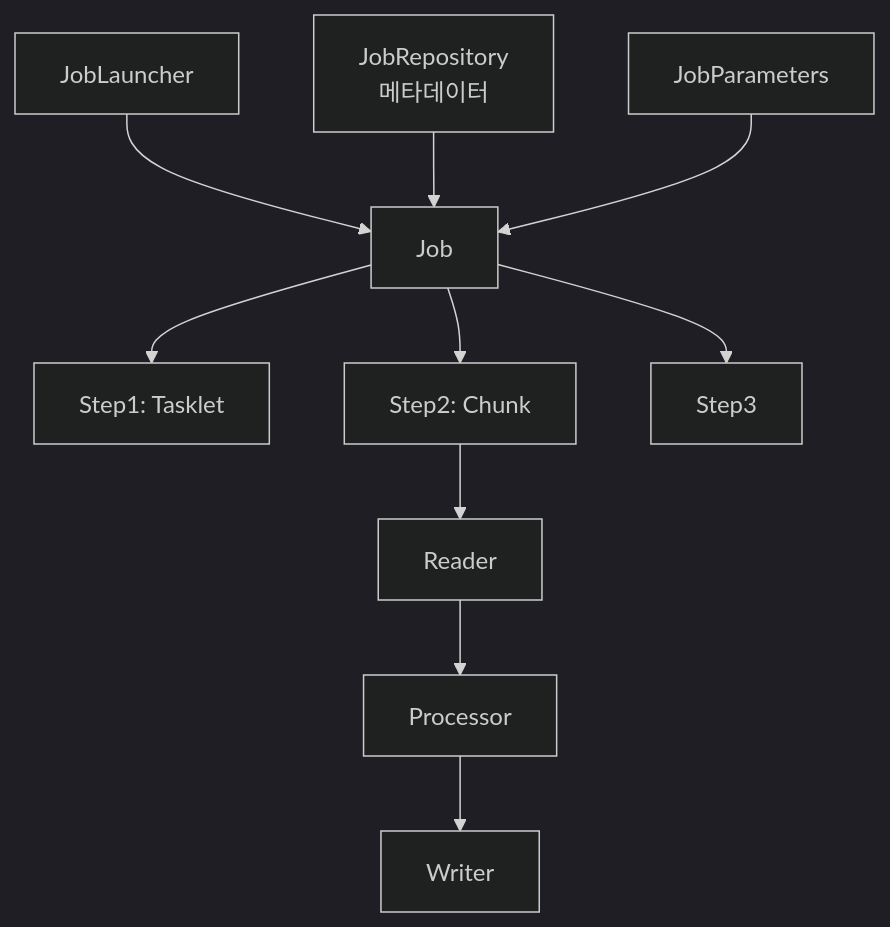
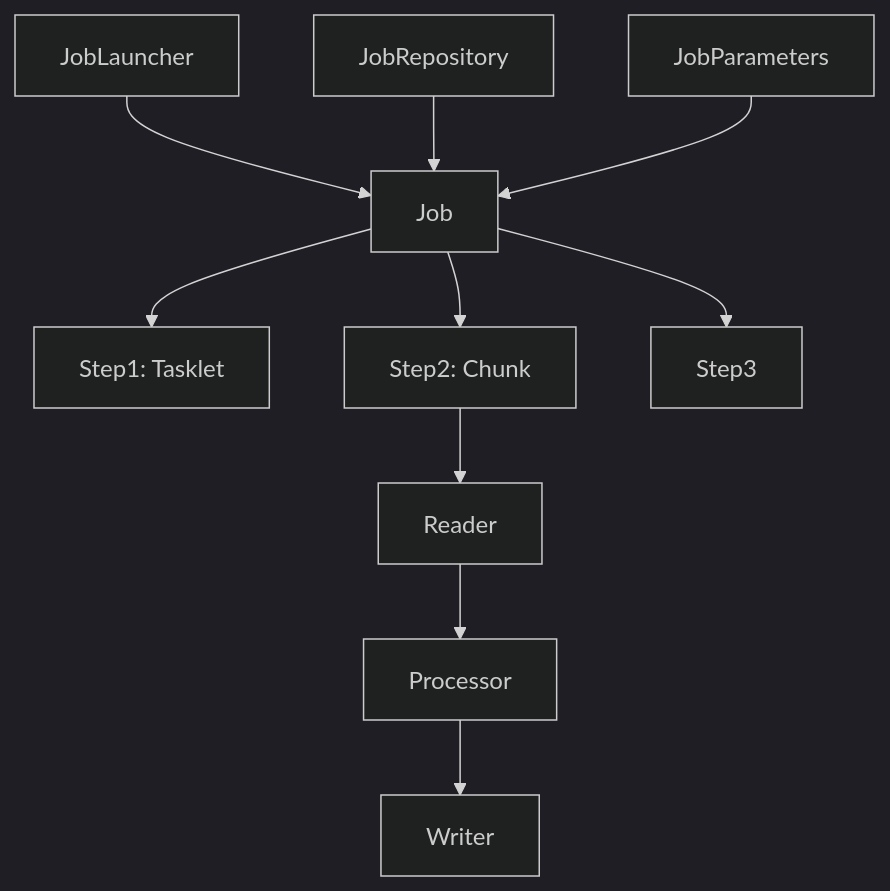
Before and after one commit to yjkim2015/yjkim2015.github.io: the first of 6 diagrams in _posts/spring/2026-05-02-spring-batch-deep.md, drawn with Mermaid (dark theme). The commit also changed other lines of this file and 217 other files, not shown here.

First line of the commit message:
Mermaid 크기 수정: useMaxWidth:true + SVG max-width:100% + 라벨 축소

````diff
--- a/_posts/spring/2026-05-02-spring-batch-deep.md
+++ b/_posts/spring/2026-05-02-spring-batch-deep.md
@@ -18,10 +18,10 @@
 ```mermaid
 graph TD
     A[JobLauncher] --> B[Job]
     B --> C[Step1: Tasklet]
     B --> D[Step2: Chunk]
     D --> R[Reader] --> P[Processor] --> W[Writer]
     B --> E[Step3]
-    K[JobRepository\n메타데이터] --> B
+    K[JobRepository] --> B
     L[JobParameters] --> B
 ```
````
